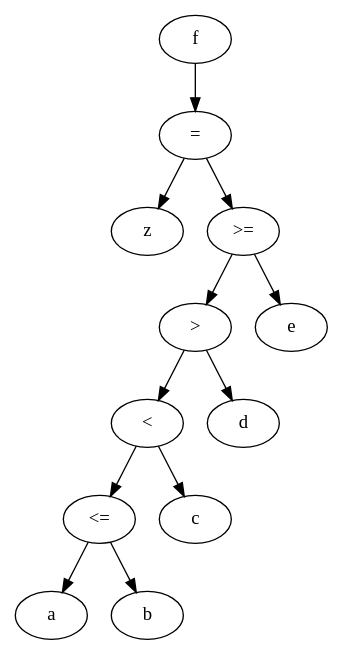
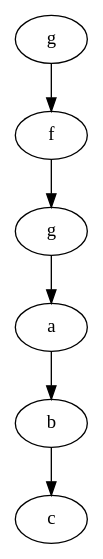
The diagram in etapa3/saida.dot (froestiago/compiladores), drawn with Graphviz before and after one commit. The commit also changed 128 other files, not shown here.

```diff
--- a/etapa3/saida.dot
+++ b/etapa3/saida.dot
@@ -1,25 +1,13 @@
 digraph grafo {
-  140197904793808 [ label="f" ];
-  140197904793808 -> 140197904794400;
-  140197904794400 [ label="=" ];
-  140197904794400 -> 140197904794432;
-  140197904794432 [ label="z" ];
-  140197904794400 -> 140197904794352;
-  140197904794352 [ label=">=" ];
-  140197904794352 -> 140197904794240;
-  140197904794240 [ label=">" ];
-  140197904794240 -> 140197904794128;
-  140197904794128 [ label="<" ];
-  140197904794128 -> 140197904794016;
-  140197904794016 [ label="<=" ];
-  140197904794016 -> 140197904793920;
-  140197904793920 [ label="a" ];
-  140197904794016 -> 140197904793984;
-  140197904793984 [ label="b" ];
-  140197904794128 -> 140197904794096;
-  140197904794096 [ label="c" ];
-  140197904794240 -> 140197904794208;
-  140197904794208 [ label="d" ];
-  140197904794352 -> 140197904794320;
-  140197904794320 [ label="e" ];
+  93974038427920 [ label="g" ];
+  93974038427920 -> 93974038428960;
+  93974038428960 [ label="f" ];
+  93974038428960 -> 93974038428816;
+  93974038428816 [ label="g" ];
+  93974038428816 -> 93974038428480;
+  93974038428480 [ label="a" ];
+  93974038428480 -> 93974038428592;
+  93974038428592 [ label="b" ];
+  93974038428592 -> 93974038428704;
+  93974038428704 [ label="c" ];
 }
```
